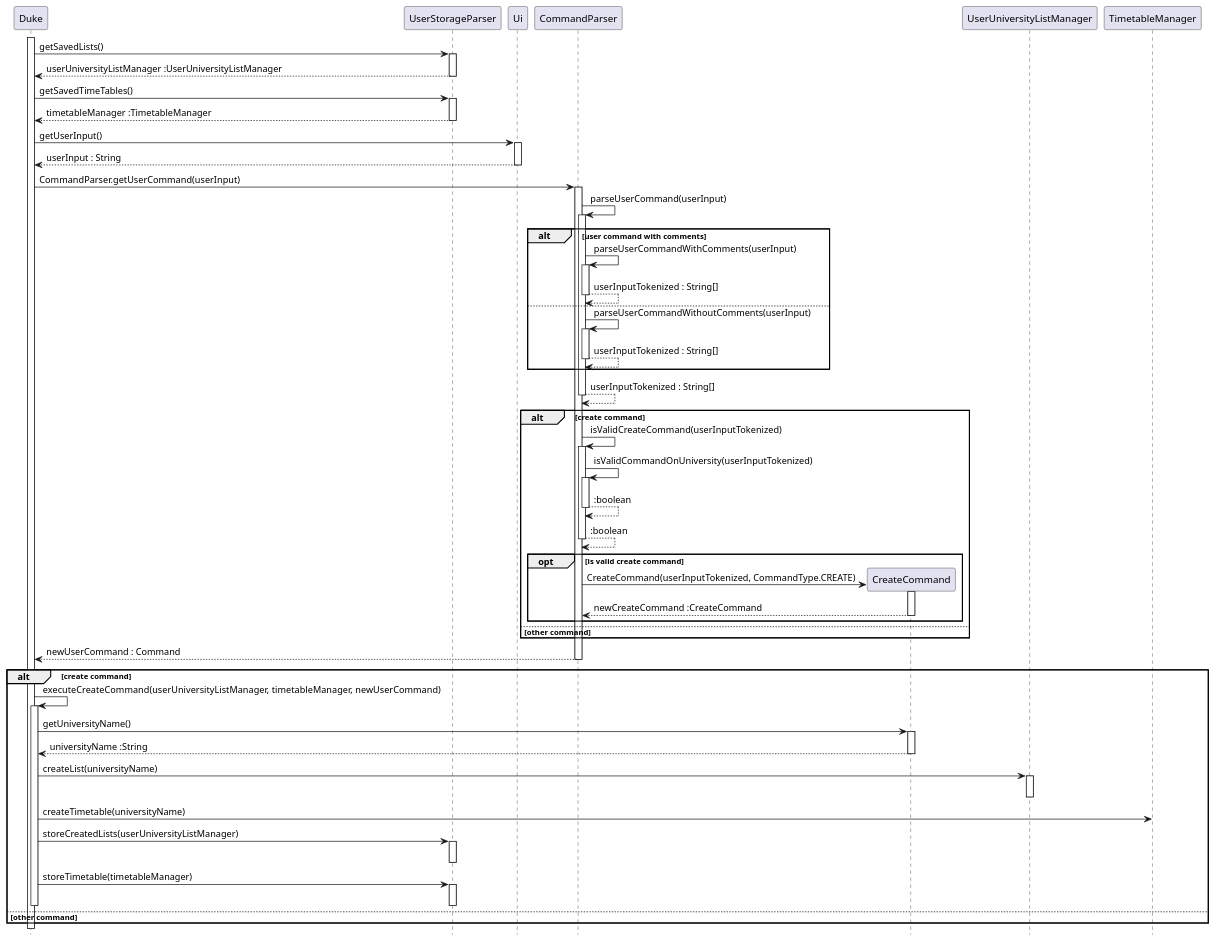
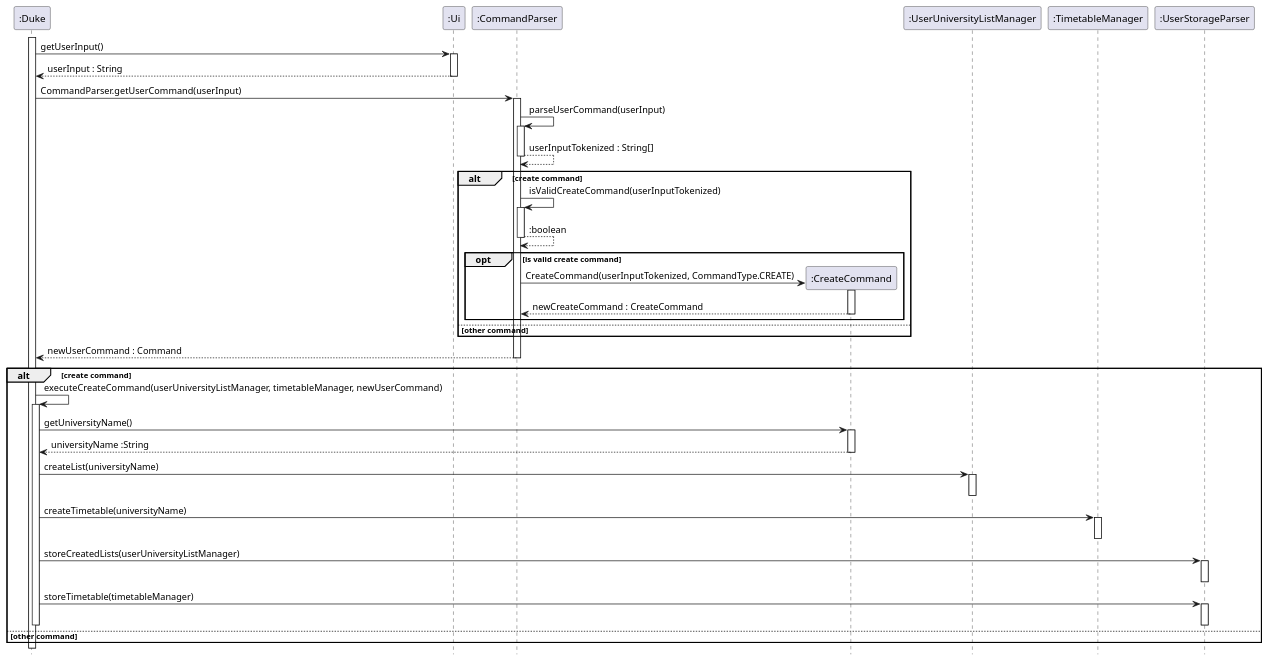
Before and after one commit to nus-cs2113-AY2223S1/tp: the diagram in docs/diagrams/CreateCommand_Sequence.puml, drawn with PlantUML. The commit also changed 17 other files, not shown here.

Commit message:
Update Sequence Diagrams

```diff
--- a/docs/diagrams/CreateCommand_Sequence.puml
+++ b/docs/diagrams/CreateCommand_Sequence.puml
@@ -1,112 +1,83 @@
 @startuml
 
-activate Duke
+activate ":Duke"
 
 hide footbox
 
-Duke -> UserStorageParser : getSavedLists()
-activate UserStorageParser
+":Duke" -> ":Ui" : getUserInput()
+activate ":Ui"
 
-UserStorageParser --> Duke : userUniversityListManager :UserUniversityListManager
-deactivate UserStorageParser
+":Ui" --> ":Duke" : userInput : String
+deactivate ":Ui"
 
-Duke -> UserStorageParser : getSavedTimeTables()
-activate UserStorageParser
+":Duke" -> ":CommandParser" : CommandParser.getUserCommand(userInput)
+activate ":CommandParser"
 
-UserStorageParser --> Duke : timetableManager :TimetableManager
-deactivate UserStorageParser
+":CommandParser" -> ":CommandParser" : parseUserCommand(userInput)
+activate ":CommandParser"
 
-Duke -> Ui : getUserInput()
-activate Ui
 
-Ui --> Duke : userInput : String
-deactivate Ui
-
-Duke -> CommandParser : CommandParser.getUserCommand(userInput)
-activate CommandParser
-
-CommandParser -> CommandParser : parseUserCommand(userInput)
-activate CommandParser
-
-alt user command with comments
-    CommandParser -> CommandParser : parseUserCommandWithComments(userInput)
-    activate CommandParser
-
-    CommandParser --> CommandParser : userInputTokenized : String[]
-    deactivate CommandParser
-
-else
-    CommandParser -> CommandParser : parseUserCommandWithoutComments(userInput)
-    activate CommandParser
-
-    CommandParser --> CommandParser : userInputTokenized : String[]
-    deactivate CommandParser 
-end
-
-CommandParser --> CommandParser : userInputTokenized : String[]
-deactivate CommandParser
+":CommandParser" --> ":CommandParser" : userInputTokenized : String[]
+deactivate ":CommandParser"
 
 alt create command
 
-    CommandParser -> CommandParser : isValidCreateCommand(userInputTokenized)
-    activate CommandParser
+    ":CommandParser" -> ":CommandParser" : isValidCreateCommand(userInputTokenized)
+    activate ":CommandParser"
 
-    CommandParser -> CommandParser : isValidCommandOnUniversity(userInputTokenized)
-    activate CommandParser
-
-    CommandParser --> CommandParser : :boolean
-    deactivate CommandParser
-
-    CommandParser --> CommandParser : :boolean
-    deactivate CommandParser
+    ":CommandParser" --> ":CommandParser" : :boolean
+    deactivate ":CommandParser"
 
     opt is valid create command
 
-        create CreateCommand
-        CommandParser -> CreateCommand : CreateCommand(userInputTokenized, CommandType.CREATE)
-        activate CreateCommand
+        create ":CreateCommand"
+        ":CommandParser" -> ":CreateCommand" : CreateCommand(userInputTokenized, CommandType.CREATE)
+        activate ":CreateCommand"
 
-        CreateCommand --> CommandParser : newCreateCommand :CreateCommand
-        deactivate CreateCommand
+        ":CreateCommand" --> ":CommandParser" : newCreateCommand : CreateCommand
+        deactivate ":CreateCommand"
     end
 
 else other command
 
 end
 
-CommandParser --> Duke : newUserCommand : Command
-deactivate CommandParser
+":CommandParser" --> ":Duke" : newUserCommand : Command
+deactivate ":CommandParser"
 
 alt create command
 
-Duke -> Duke : executeCreateCommand(userUniversityListManager, timetableManager, newUserCommand)
-activate Duke
+":Duke" -> ":Duke" : executeCreateCommand(userUniversityListManager, timetableManager, newUserCommand)
+activate ":Duke"
 
-    Duke -> CreateCommand : getUniversityName()
-    activate CreateCommand
+    ":Duke" -> ":CreateCommand" : getUniversityName()
+    activate ":CreateCommand"
 
-    CreateCommand --> Duke : universityName :String
-    deactivate CreateCommand
+    ":CreateCommand" --> ":Duke" : universityName :String
+    deactivate ":CreateCommand"
 
-    Duke -> UserUniversityListManager : createList(universityName)
-    activate UserUniversityListManager
+    ":Duke" -> ":UserUniversityListManager" : createList(universityName)
+    activate ":UserUniversityListManager"
 
-    deactivate UserUniversityListManager
+    deactivate ":UserUniversityListManager"
 
-    Duke -> TimetableManager : createTimetable(universityName)
+    ":Duke" -> ":TimetableManager" : createTimetable(universityName)
+    activate ":TimetableManager"
 
-    Duke -> UserStorageParser : storeCreatedLists(userUniversityListManager)
-    activate UserStorageParser
+    deactivate ":TimetableManager"
 
-    deactivate UserStorageParser
+    ":Duke" -> ":UserStorageParser" : storeCreatedLists(userUniversityListManager)
+    activate ":UserStorageParser"
 
-    Duke -> UserStorageParser : storeTimetable(timetableManager)
-    activate UserStorageParser
+    deactivate ":UserStorageParser"
 
-    deactivate UserStorageParser
-deactivate Duke
+    ":Duke" -> ":UserStorageParser" : storeTimetable(timetableManager)
+    activate ":UserStorageParser"
+
+    deactivate ":UserStorageParser"
+deactivate ":Duke"
 else other command
 end
 
 
 @enduml
```
